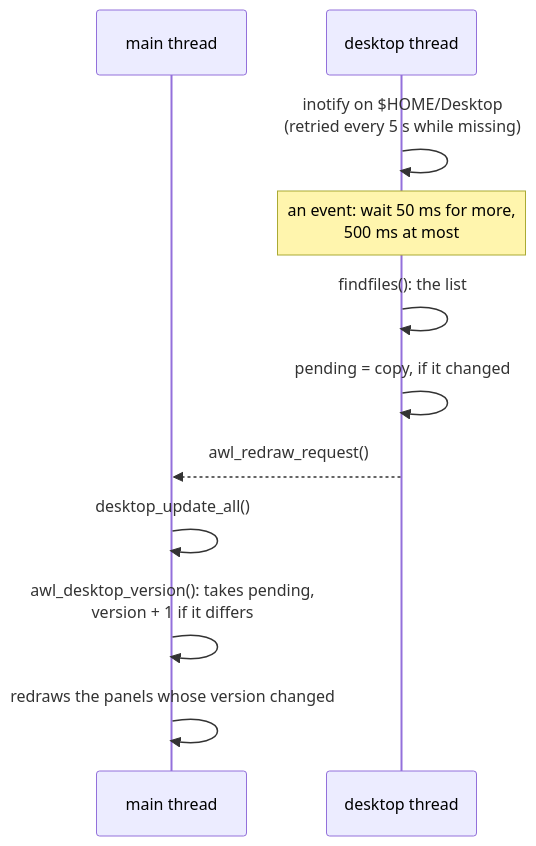
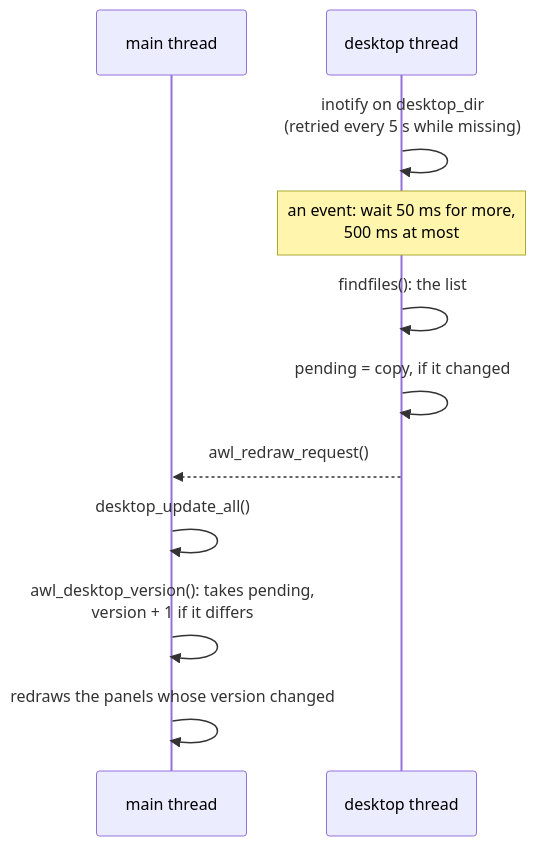
One commit to alcubierre-drive/dwl changed the sixth of 6 diagrams in doc/threads.rst. Above: the diagram before and after it, drawn with Mermaid. The commit also changed other lines of this file and 29 other files, not shown here.

```diff
--- a/doc/threads.rst
+++ b/doc/threads.rst
@@ -210,13 +210,13 @@
 .. mermaid::
 
    sequenceDiagram
      participant M as main thread
      participant S as desktop thread
-     S->>S: inotify on $HOME/Desktop<br/>(retried every 5 s while missing)
+     S->>S: inotify on desktop_dir<br/>(retried every 5 s while missing)
      Note over S: an event: wait 50 ms for more,<br/>500 ms at most
      S->>S: findfiles(): the list
      S->>S: pending = copy, if it changed
      S-->>M: awl_redraw_request()
      M->>M: desktop_update_all()
      M->>M: awl_desktop_version(): takes pending,<br/>version + 1 if it differs
      M->>M: redraws the panels whose version changed
```
